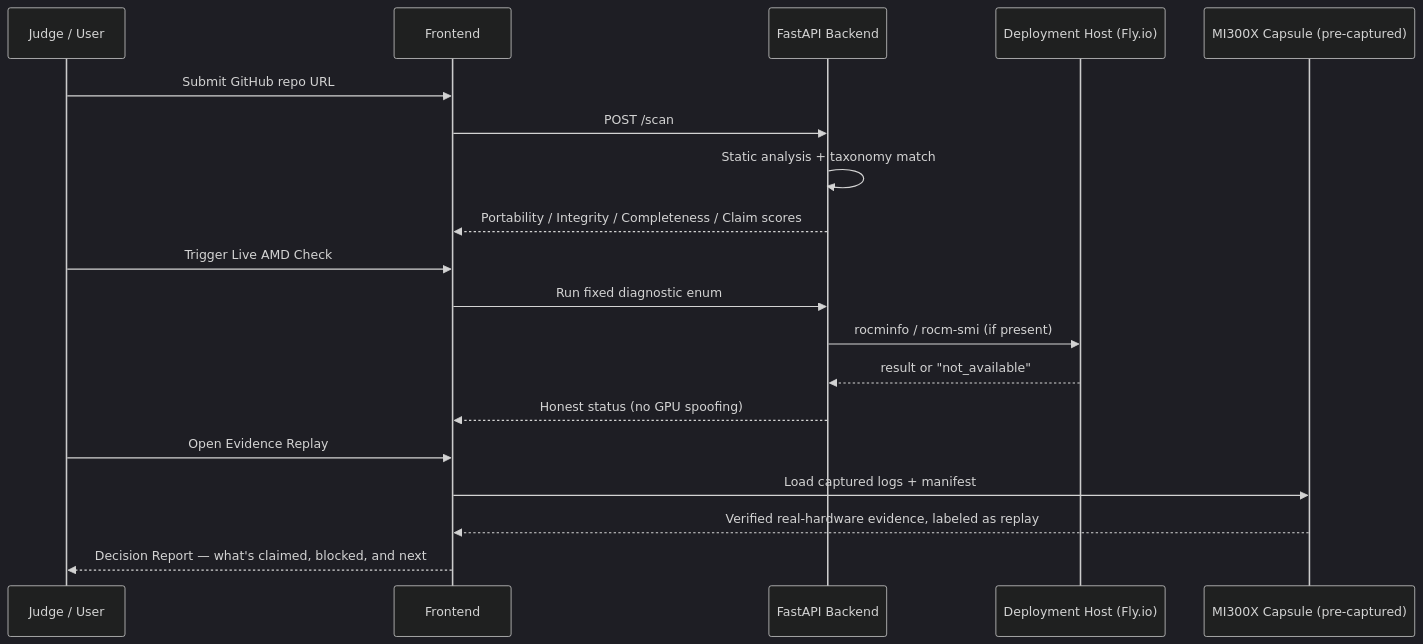
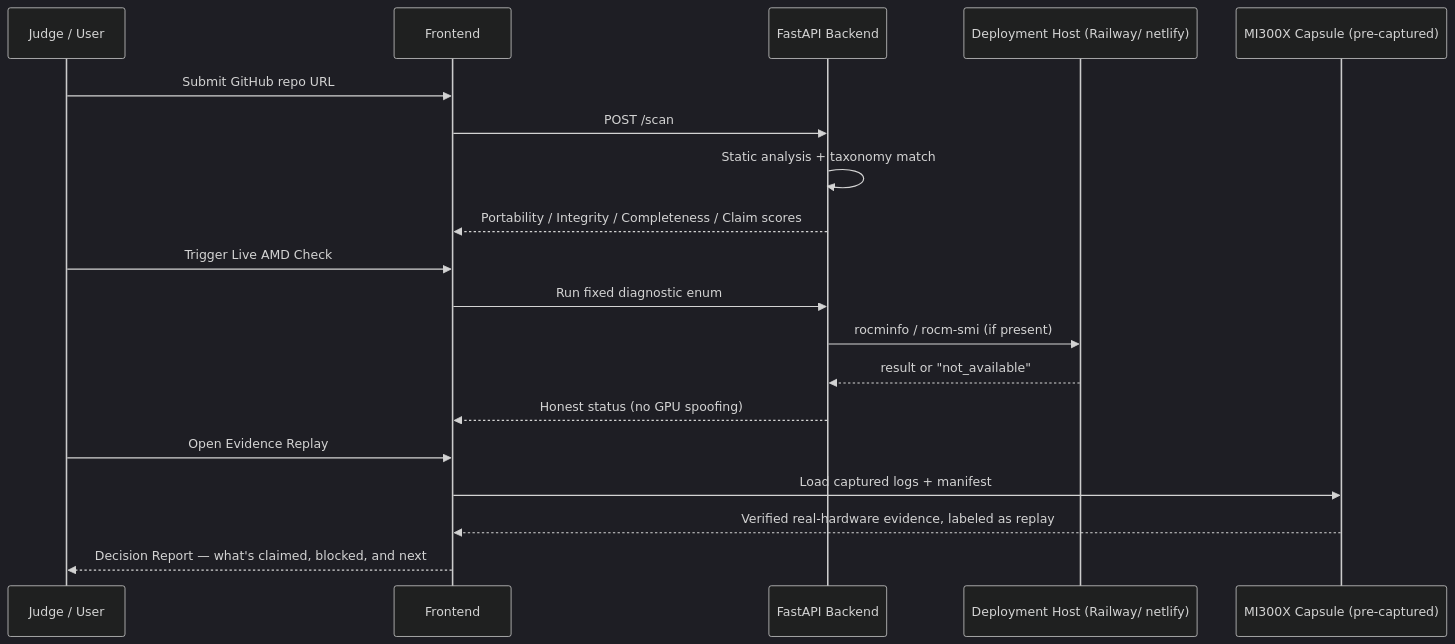
The third of 4 diagrams in README.md (FabianS10/Reaper-Eagle-Forge-AMD-readiness-cockpit), drawn with Mermaid (dark theme) before and after one commit. The commit also changed other lines of this file, not shown here.

Commit message:
Update deployment host references from Fly.io to Railway

````diff
--- a/README.md
+++ b/README.md
@@ -152,22 +152,22 @@
 ```mermaid
 sequenceDiagram
     participant Judge as Judge / User
     participant UI as Frontend
     participant API as FastAPI Backend
-    participant Host as Deployment Host (Fly.io)
+    participant Host as Deployment Host (Railway/ netlify)
     participant MI300X as MI300X Capsule (pre-captured)
 
     Judge->>UI: Submit GitHub repo URL
     UI->>API: POST /scan
     API->>API: Static analysis + taxonomy match
     API-->>UI: Portability / Integrity / Completeness / Claim scores
     Judge->>UI: Trigger Live AMD Check
     UI->>API: Run fixed diagnostic enum
     API->>Host: rocminfo / rocm-smi (if present)
     Host-->>API: result or "not_available"
     API-->>UI: Honest status (no GPU spoofing)
     Judge->>UI: Open Evidence Replay
     UI->>MI300X: Load captured logs + manifest
     MI300X-->>UI: Verified real-hardware evidence, labeled as replay
     UI-->>Judge: Decision Report — what's claimed, blocked, and next
 ```
````
